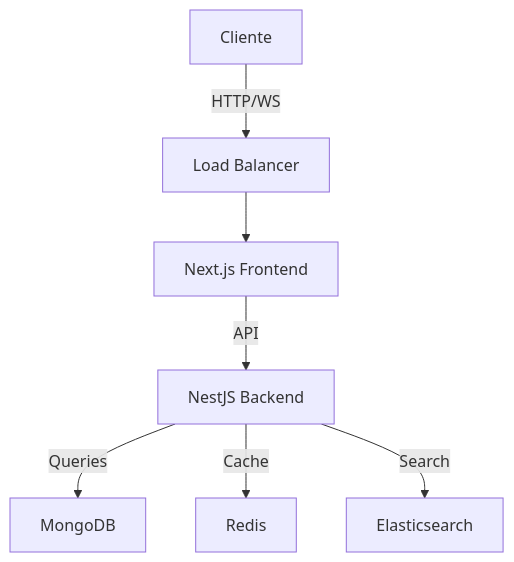
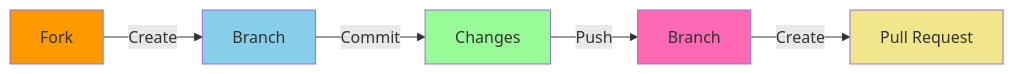
One commit to Mario-S-M/ciencias-basicas changed the fourth of 4 diagrams in README.md. Above: the diagram before and after it, drawn with Mermaid. The commit also changed other lines of this file, not shown here.

````diff
--- a/README.md
+++ b/README.md
@@ -130,9 +343,12 @@
 ```mermaid
-graph TD
-    A[Cliente] -->|HTTP/WS| B[Load Balancer]
-    B --> C[Next.js Frontend]
-    C -->|API| D[NestJS Backend]
-    D -->|Queries| E[MongoDB]
-    D -->|Cache| F[Redis]
-    D -->|Search| G[Elasticsearch]
+graph LR
+    A[Fork] -->|Create| B[Branch]
+    B -->|Commit| C[Changes]
+    C -->|Push| D[Branch]
+    D -->|Create| E[Pull Request]
+    style A fill:#ff9900
+    style B fill:#87ceeb
+    style C fill:#98fb98
+    style D fill:#ff69b4
+    style E fill:#f0e68c
 ```
````
